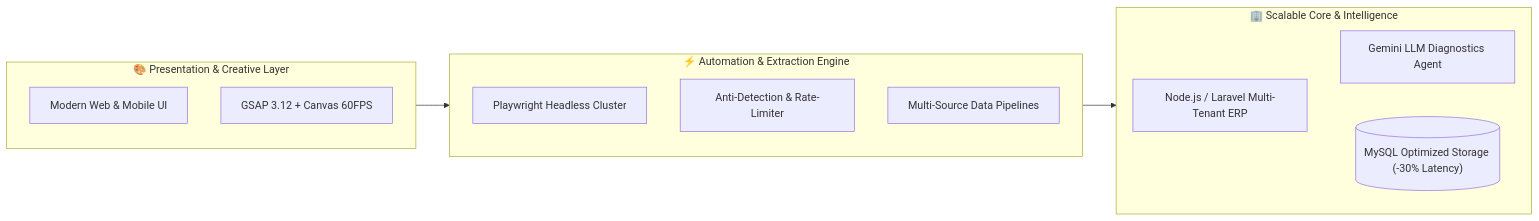
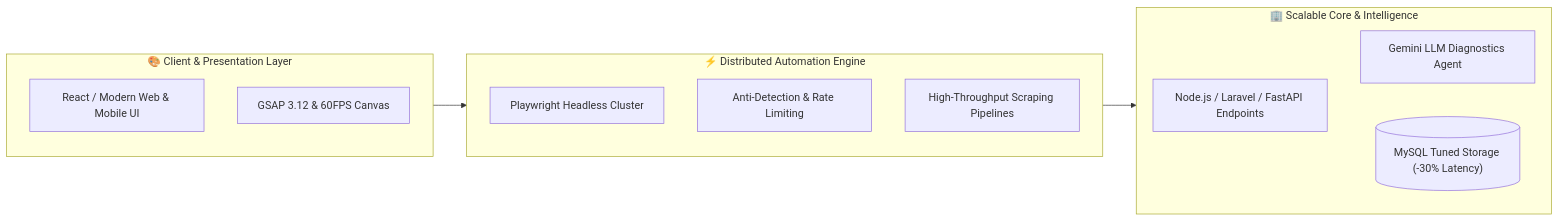
Before and after one commit to i-amraj/i-amraj: the diagram in README.md, drawn with Mermaid. The commit also changed other lines of this file, not shown here.

Commit message:
fix(profile): replace broken top asset with reliable waving banner, balance skills across automation/backend/ai/frontend, update award to Codex Matrix 3rd Prize

````diff
--- a/README.md
+++ b/README.md
@@ -70,24 +52,24 @@
 ```mermaid
 flowchart LR
-    subgraph Client["🎨 Presentation & Creative Layer"]
-        UI["Modern Web & Mobile UI"]
-        GSAP["GSAP 3.12 + Canvas 60FPS"]
+    subgraph Client["🎨 Client & Presentation Layer"]
+        UI["React / Modern Web & Mobile UI"]
+        MOTION["GSAP 3.12 & 60FPS Canvas"]
     end
 
-    subgraph Automation["⚡ Automation & Extraction Engine"]
+    subgraph Automation["⚡ Distributed Automation Engine"]
         PW["Playwright Headless Cluster"]
-        PROXY["Anti-Detection & Rate-Limiter"]
-        SCRAPE["Multi-Source Data Pipelines"]
+        PROXY["Anti-Detection & Rate Limiting"]
+        PIPES["High-Throughput Scraping Pipelines"]
     end
 
     subgraph Backend["🏢 Scalable Core & Intelligence"]
-        NODE["Node.js / Laravel Multi-Tenant ERP"]
+        API["Node.js / Laravel / FastAPI Endpoints"]
         AI["Gemini LLM Diagnostics Agent"]
-        DB[("MySQL Optimized Storage (-30% Latency)")]
+        DB[("MySQL Tuned Storage (-30% Latency)")]
     end
 
     Client --> Automation
     Automation --> Backend
     Backend --> DB
     Backend --> AI
 ```
````
